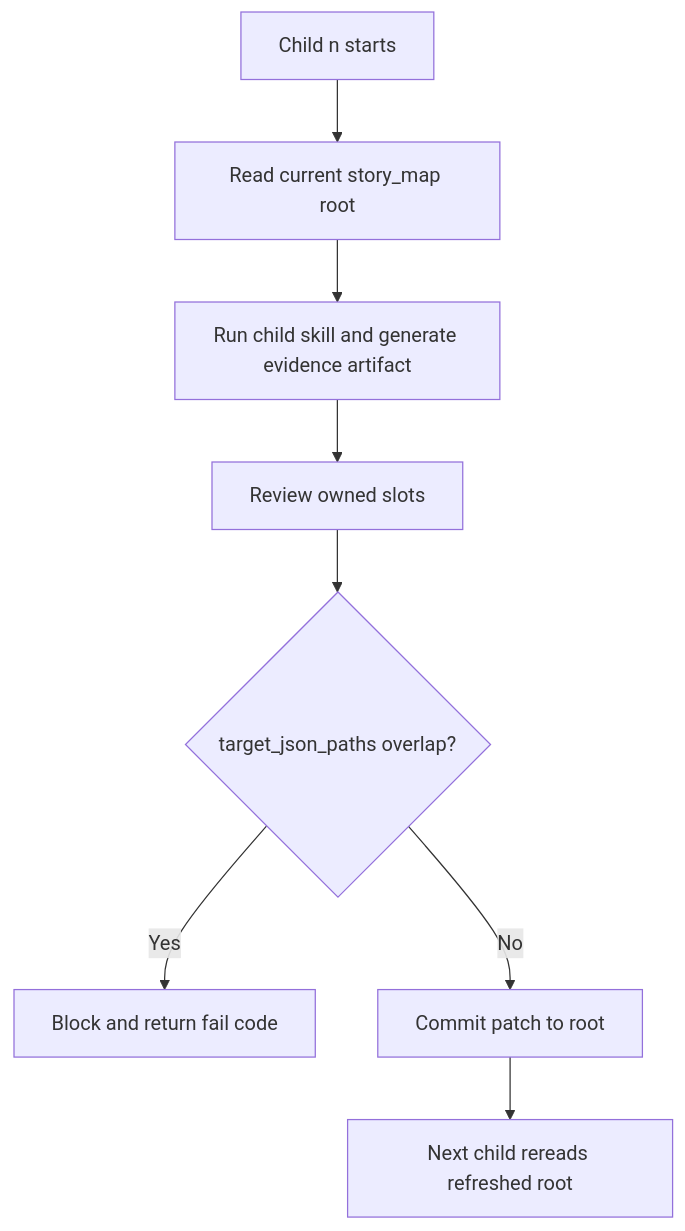
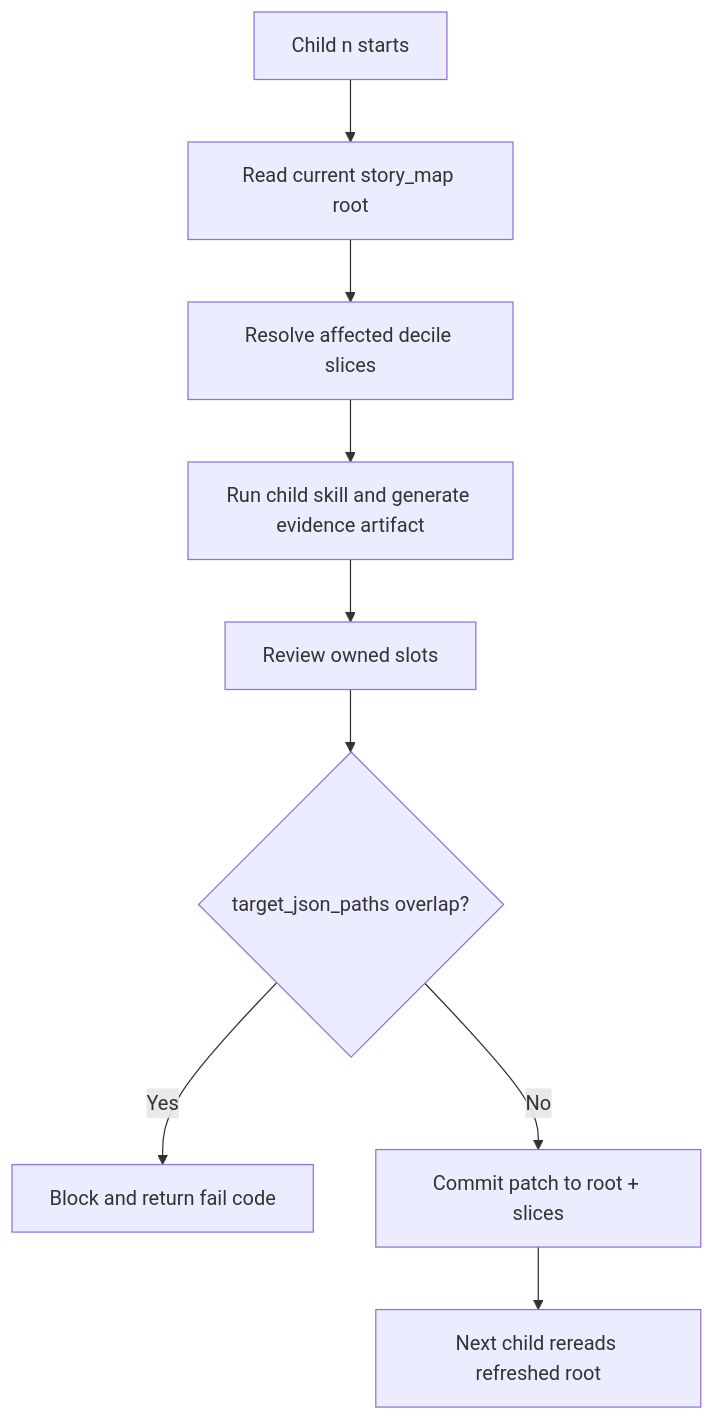
Before and after one commit to ZEN-VOID/AI-CUT: the second of 3 diagrams in .agents/skills/story/2-Planning/SKILL.md, drawn with Mermaid. The commit also changed other lines of this file and 118 other files, not shown here.

````diff
--- a/.agents/skills/story/2-Planning/SKILL.md
+++ b/.agents/skills/story/2-Planning/SKILL.md
@@ -203,10 +227,11 @@
 ```mermaid
 flowchart TD
     A["Child n starts"] --> B["Read current story_map root"]
-    B --> C["Run child skill and generate evidence artifact"]
+    B --> B1["Resolve affected decile slices"]
+    B1 --> C["Run child skill and generate evidence artifact"]
     C --> D["Review owned slots"]
     D --> E{"target_json_paths overlap?"}
     E -- "Yes" --> F["Block and return fail code"]
-    E -- "No" --> G["Commit patch to root"]
+    E -- "No" --> G["Commit patch to root + slices"]
     G --> H["Next child rereads refreshed root"]
 ```
````
